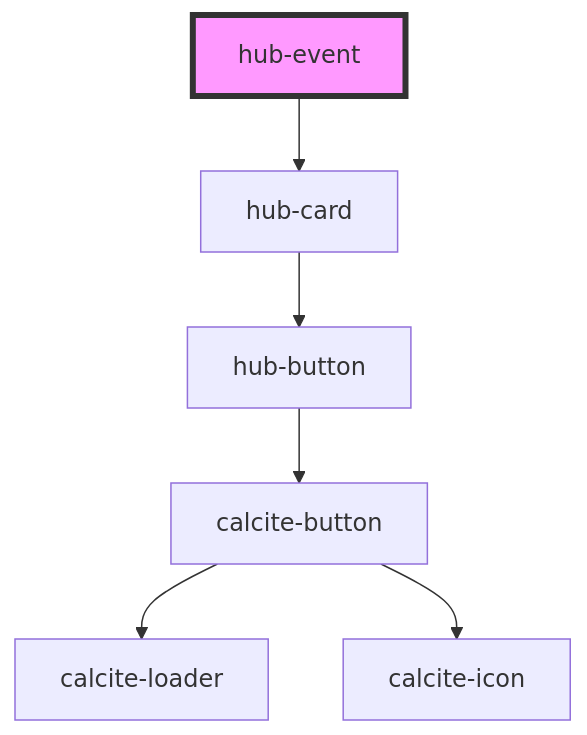
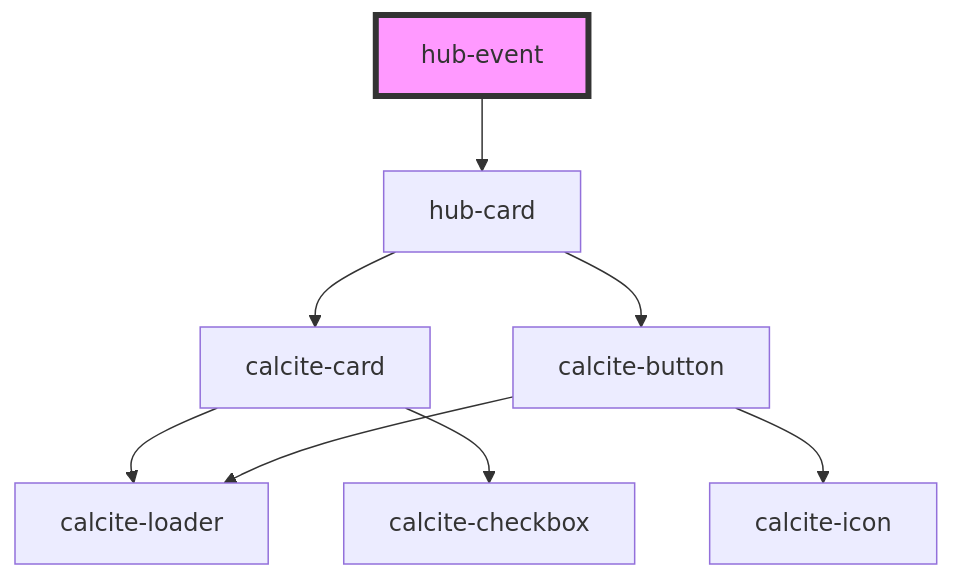
One commit to esridc/hub-components-experiments changed the diagram in src/components/hub-event/readme.md. Above: the diagram before and after it, drawn with Mermaid. The commit also changed 18 other files, not shown here.

````diff
--- a/src/components/hub-event/readme.md
+++ b/src/components/hub-event/readme.md
@@ -31,9 +31,11 @@
 ```mermaid
 graph TD;
   hub-event --> hub-card
-  hub-card --> hub-button
-  hub-button --> calcite-button
+  hub-card --> calcite-card
+  hub-card --> calcite-button
+  calcite-card --> calcite-loader
+  calcite-card --> calcite-checkbox
   calcite-button --> calcite-loader
   calcite-button --> calcite-icon
   style hub-event fill:#f9f,stroke:#333,stroke-width:4px
 ```
````
